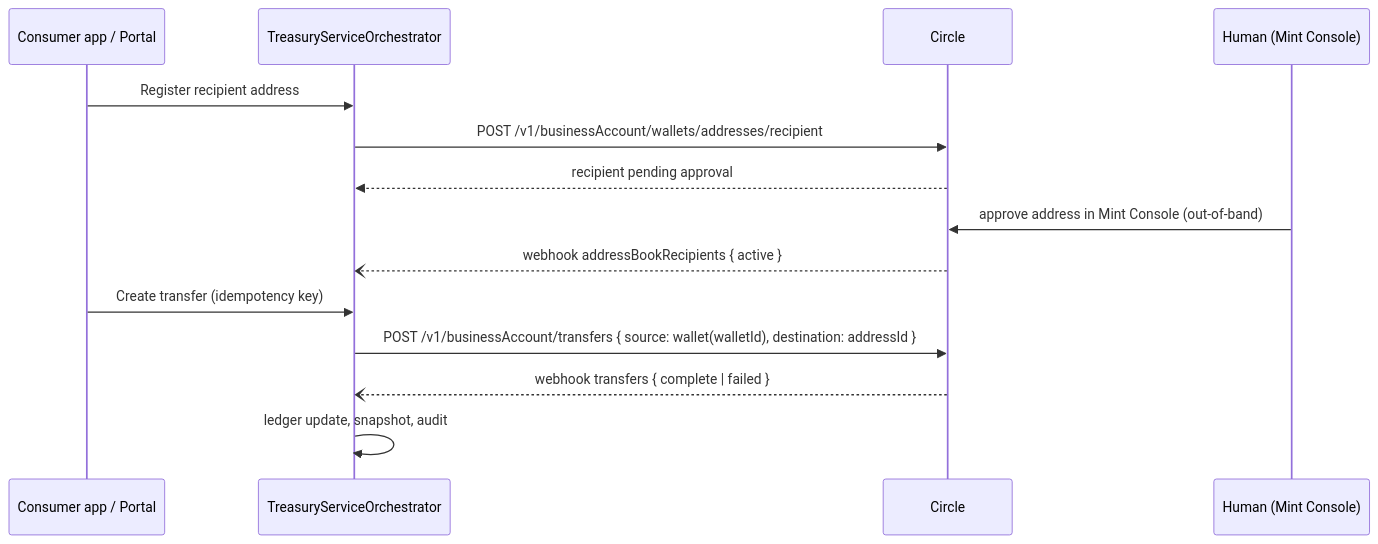
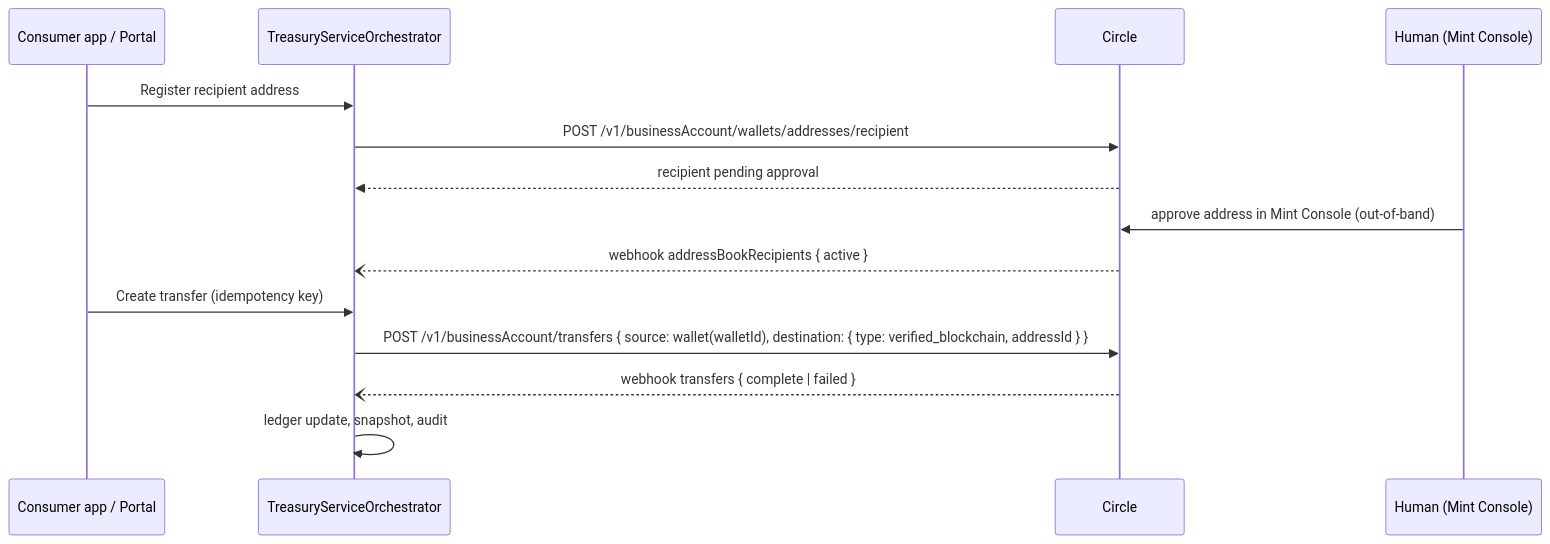
One commit to Danish8321/circle-integration changed the fourth of 5 diagrams in docs/PRD.md. Above: the diagram before and after it, drawn with Mermaid. The commit also changed other lines of this file and 12 other files, not shown here.

````diff
--- a/docs/PRD.md
+++ b/docs/PRD.md
@@ -288,16 +295,16 @@
 ```mermaid
 sequenceDiagram
     participant P as Consumer app / Portal
     participant T as TreasuryServiceOrchestrator
     participant C as Circle
     participant H as Human (Mint Console)
     P->>T: Register recipient address
     T->>C: POST /v1/businessAccount/wallets/addresses/recipient
     C-->>T: recipient pending approval
     H->>C: approve address in Mint Console (out-of-band)
     C--)T: webhook addressBookRecipients { active }
     P->>T: Create transfer (idempotency key)
-    T->>C: POST /v1/businessAccount/transfers { source: wallet(walletId), destination: addressId }
+    T->>C: POST /v1/businessAccount/transfers { source: wallet(walletId), destination: { type: verified_blockchain, addressId } }
     C--)T: webhook transfers { complete | failed }
     T->>T: ledger update, snapshot, audit
 ```
````
